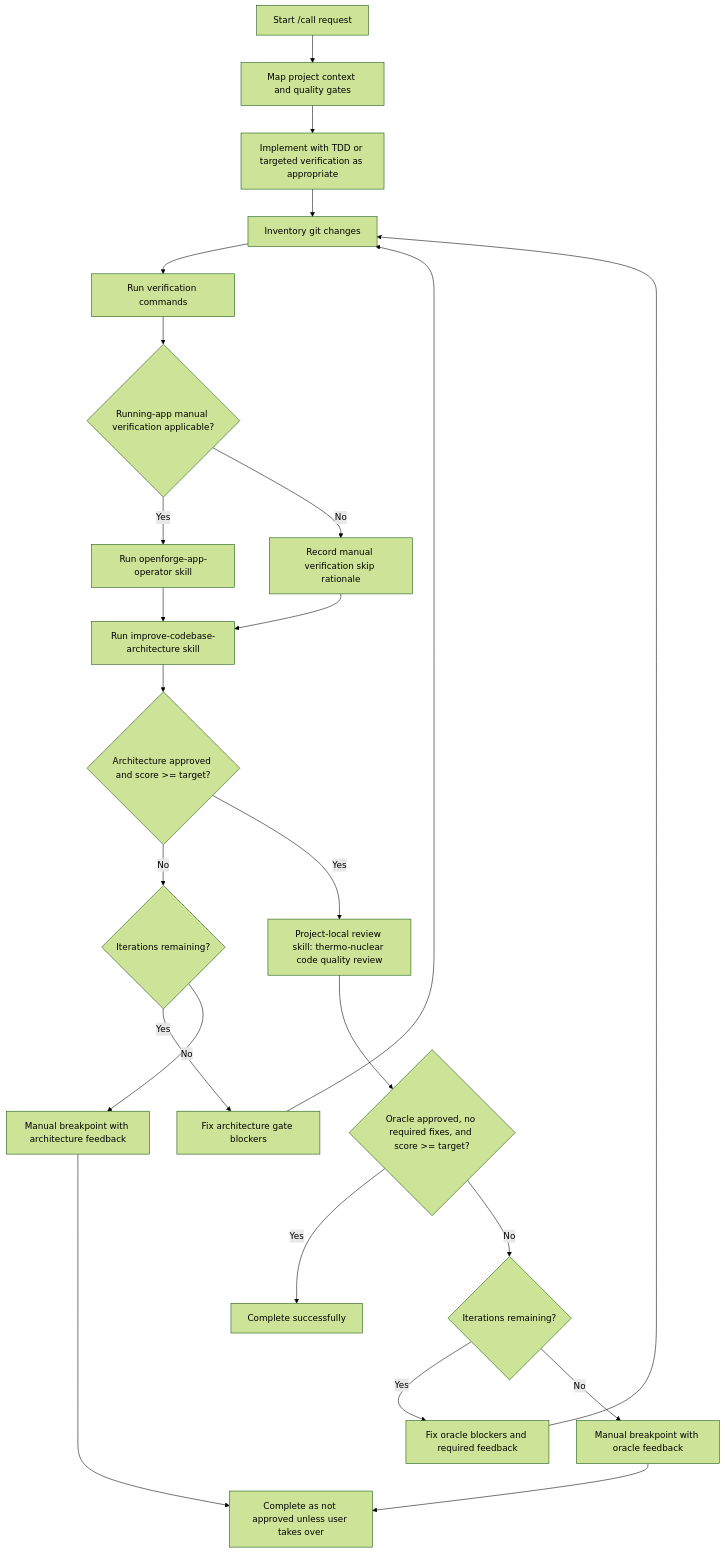
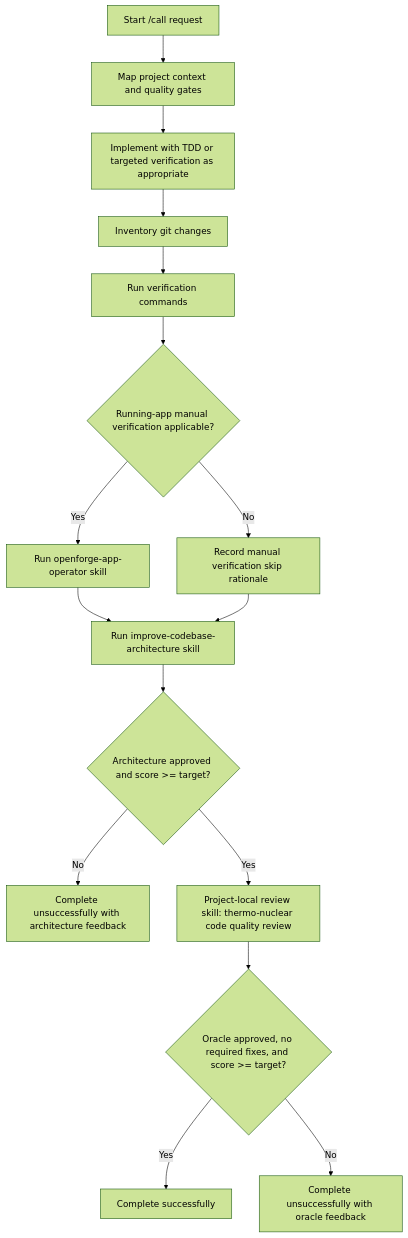
Before and after one commit to koenvg/openforge: the diagram in .a5c/processes/angry-oracle-code-change.mermaid.md, drawn with Mermaid (forest theme). The commit also changed 3 other files, not shown here.

````diff
--- a/.a5c/processes/angry-oracle-code-change.mermaid.md
+++ b/.a5c/processes/angry-oracle-code-change.mermaid.md
@@ -3,26 +3,18 @@
 ```mermaid
 flowchart TD
     A[Start /call request] --> B[Map project context and quality gates]
     B --> C[Implement with TDD or targeted verification as appropriate]
     C --> D[Inventory git changes]
     D --> E[Run verification commands]
     E --> F{Running-app manual verification applicable?}
     F -- Yes --> G[Run openforge-app-operator skill]
     F -- No --> H[Record manual verification skip rationale]
     G --> I[Run improve-codebase-architecture skill]
     H --> I
     I --> J{Architecture approved and score >= target?}
-    J -- No --> L{Iterations remaining?}
-    L -- Yes --> M[Fix architecture gate blockers]
-    M --> D
-    L -- No --> N[Manual breakpoint with architecture feedback]
+    J -- No --> N[Complete unsuccessfully with architecture feedback]
     J -- Yes --> P[Project-local review skill: thermo-nuclear code quality review]
     P --> Q{Oracle approved, no required fixes, and score >= target?}
     Q -- Yes --> K[Complete successfully]
-    Q -- No --> R{Iterations remaining?}
-    R -- Yes --> S[Fix oracle blockers and required feedback]
-    S --> D
-    R -- No --> T[Manual breakpoint with oracle feedback]
-    T --> O[Complete as not approved unless user takes over]
-    N --> O
+    Q -- No --> T[Complete unsuccessfully with oracle feedback]
 ```
````
